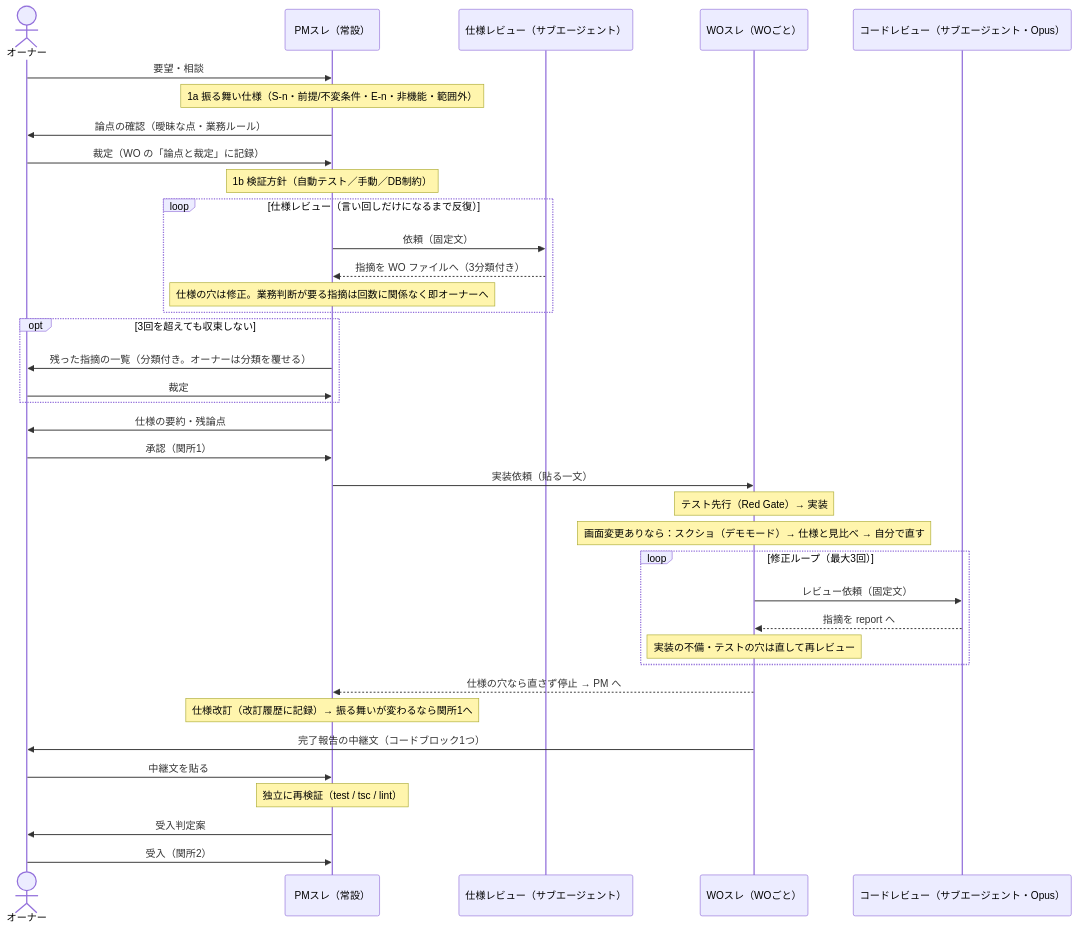
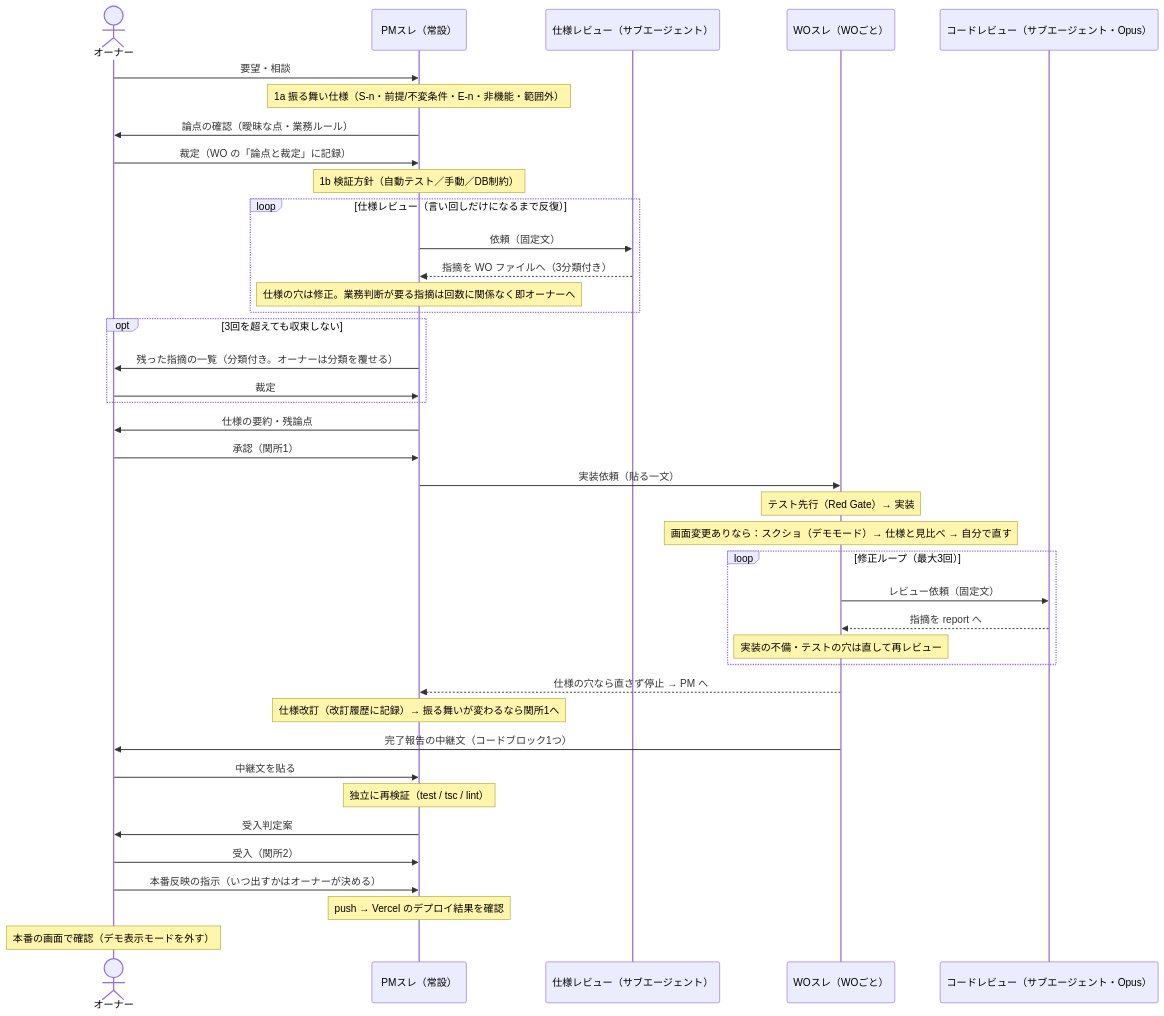
The diagram in work-orders/README.md (mikanoooosub-commits/flyer-tracker), drawn with Mermaid before and after one commit. The commit also changed other lines of this file and 2 other files, not shown here.

First line of the commit message:
文書: 本番反映（push）の手順を運用に追加

````diff
--- a/work-orders/README.md
+++ b/work-orders/README.md
@@ -27,40 +27,43 @@
 ```mermaid
 sequenceDiagram
     actor O as オーナー
     participant PM as PMスレ（常設）
     participant SR as 仕様レビュー（サブエージェント）
     participant WO as WOスレ（WOごと）
     participant CR as コードレビュー（サブエージェント・Opus）
 
     O->>PM: 要望・相談
     Note over PM: 1a 振る舞い仕様（S-n・前提/不変条件・E-n・非機能・範囲外）
     PM->>O: 論点の確認（曖昧な点・業務ルール）
     O->>PM: 裁定（WO の「論点と裁定」に記録）
     Note over PM: 1b 検証方針（自動テスト／手動／DB制約）
     loop 仕様レビュー（言い回しだけになるまで反復）
         PM->>SR: 依頼（固定文）
         SR-->>PM: 指摘を WO ファイルへ（3分類付き）
         Note over PM: 仕様の穴は修正。業務判断が要る指摘は回数に関係なく即オーナーへ
     end
     opt 3回を超えても収束しない
         PM->>O: 残った指摘の一覧（分類付き。オーナーは分類を覆せる）
         O->>PM: 裁定
     end
     PM->>O: 仕様の要約・残論点
     O->>PM: 承認（関所1）
     PM->>WO: 実装依頼（貼る一文）
     Note over WO: テスト先行（Red Gate）→ 実装
     Note over WO: 画面変更ありなら：スクショ（デモモード）→ 仕様と見比べ → 自分で直す
     loop 修正ループ（最大3回）
         WO->>CR: レビュー依頼（固定文）
         CR-->>WO: 指摘を report へ
         Note over WO: 実装の不備・テストの穴は直して再レビュー
     end
     WO-->>PM: 仕様の穴なら直さず停止 → PM へ
     Note over PM: 仕様改訂（改訂履歴に記録）→ 振る舞いが変わるなら関所1へ
     WO->>O: 完了報告の中継文（コードブロック1つ）
     O->>PM: 中継文を貼る
     Note over PM: 独立に再検証（test / tsc / lint）
     PM->>O: 受入判定案
     O->>PM: 受入（関所2）
+    O->>PM: 本番反映の指示（いつ出すかはオーナーが決める）
+    Note over PM: push → Vercel のデプロイ結果を確認
+    Note over O: 本番の画面で確認（デモ表示モードを外す）
 ```
````
